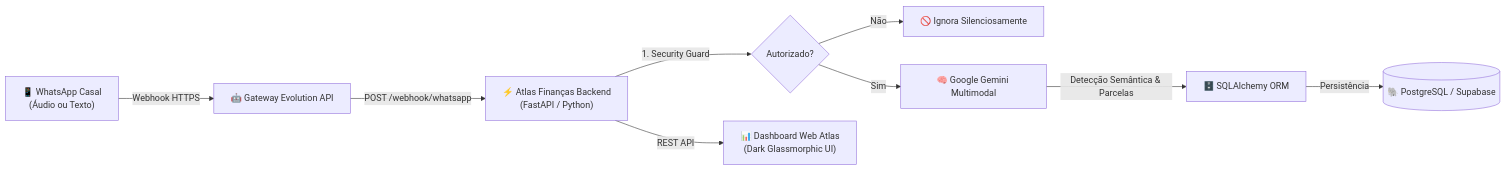
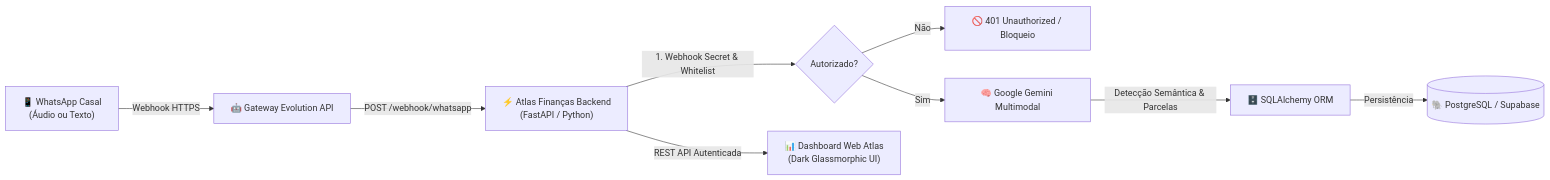
One commit to GodoyDevv/financas changed the second of 2 diagrams in README.md. Above: the diagram before and after it, drawn with Mermaid. The commit also changed other lines of this file, not shown here.

Commit message:
docs: accurately update security architecture and remove unverified audit badge

````diff
--- a/README.md
+++ b/README.md
@@ -68,11 +66,11 @@
 ```mermaid
 flowchart LR
     A["📱 WhatsApp Casal<br/>(Áudio ou Texto)"] -->|"Webhook HTTPS"| B["🤖 Gateway Evolution API"]
     B -->|"POST /webhook/whatsapp"| C["⚡ Atlas Finanças Backend<br/>(FastAPI / Python)"]
-    C -->|"1. Security Guard"| D{"Autorizado?"}
-    D -- "Não" --> D1["🚫 Ignora Silenciosamente"]
+    C -->|"1. Webhook Secret & Whitelist"| D{"Autorizado?"}
+    D -- "Não" --> D1["🚫 401 Unauthorized / Bloqueio"]
     D -- "Sim" --> E["🧠 Google Gemini Multimodal"]
     E -->|"Detecção Semântica & Parcelas"| F["🗄️ SQLAlchemy ORM"]
     F -->|"Persistência"| G[("🐘 PostgreSQL / Supabase")]
-    C -->|"REST API"| H["📊 Dashboard Web Atlas<br/>(Dark Glassmorphic UI)"]
+    C -->|"REST API Autenticada"| H["📊 Dashboard Web Atlas<br/>(Dark Glassmorphic UI)"]
 ```
````
